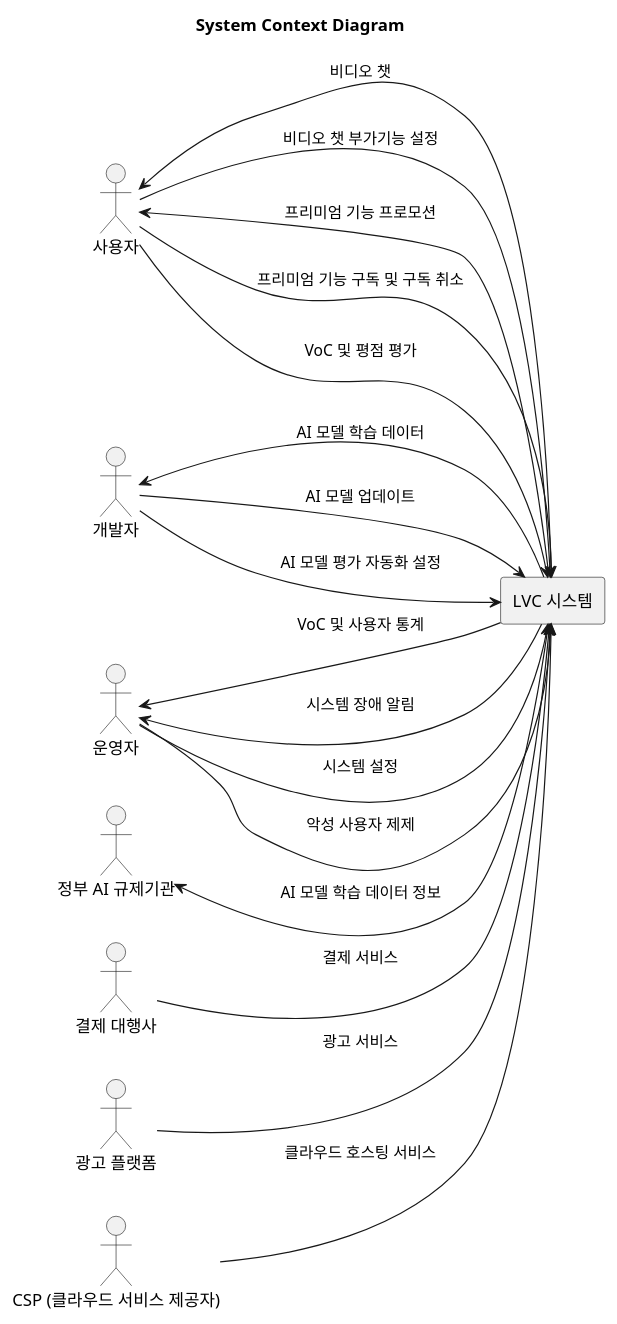
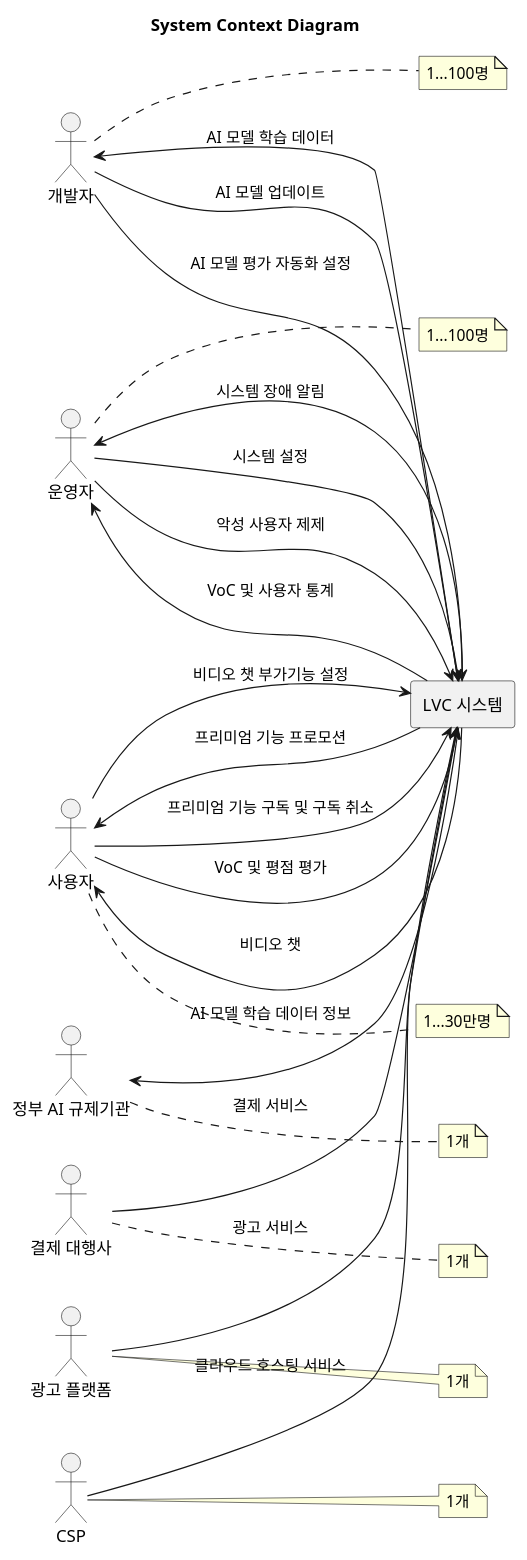
One commit to dhkim09a/associate-architect-course-2025 changed the diagram in diagrams/system_context_diagram.puml. Above: the diagram before and after it, drawn with PlantUML.

```diff
--- a/diagrams/system_context_diagram.puml
+++ b/diagrams/system_context_diagram.puml
@@ -1,39 +1,57 @@
 @startuml SystemContextDiagram
-
 title System Context Diagram
-
 left to right direction
 
 actor "사용자" as User
+note right of User
+1...30만명
+end note
 actor "개발자" as Developer
+note right of Developer
+1...100명
+end note
 actor "운영자" as Operator
+note right of Operator
+1...100명
+end note
 actor "정부 AI 규제기관" as Regulator
+note right of Regulator
+1개
+end note
 actor "결제 대행사" as PaymentProvider
+note right of PaymentProvider
+1개
+end note
 actor "광고 플랫폼" as AdPlatform
-actor "CSP (클라우드 서비스 제공자)" as CloudProvider
+note right of AdPlatform
+1개
+end note
+actor "CSP" as CloudProvider
+note right of CloudProvider
+1개
+end note
 
 rectangle "LVC 시스템" {
 }
 
 User <-- "LVC 시스템" : "비디오 챗"
 User --> "LVC 시스템" : "비디오 챗 부가기능 설정"
 User <-- "LVC 시스템" : "프리미엄 기능 프로모션"
 User --> "LVC 시스템" : "프리미엄 기능 구독 및 구독 취소"
 User --> "LVC 시스템" : "VoC 및 평점 평가"
 
 Operator <-- "LVC 시스템" : "VoC 및 사용자 통계"
 Operator <-- "LVC 시스템" : "시스템 장애 알림"
 Operator --> "LVC 시스템" : "시스템 설정"
 Operator --> "LVC 시스템" : "악성 사용자 제제"
 
 Developer <-- "LVC 시스템" : "AI 모델 학습 데이터"
 Developer --> "LVC 시스템" : "AI 모델 업데이트"
 Developer --> "LVC 시스템" : "AI 모델 평가 자동화 설정"
 
 Regulator <-- "LVC 시스템" : "AI 모델 학습 데이터 정보"
 
 PaymentProvider --> "LVC 시스템" : "결제 서비스"
 AdPlatform --> "LVC 시스템" : "광고 서비스"
 CloudProvider --> "LVC 시스템" : "클라우드 호스팅 서비스"
-
 @enduml
```
